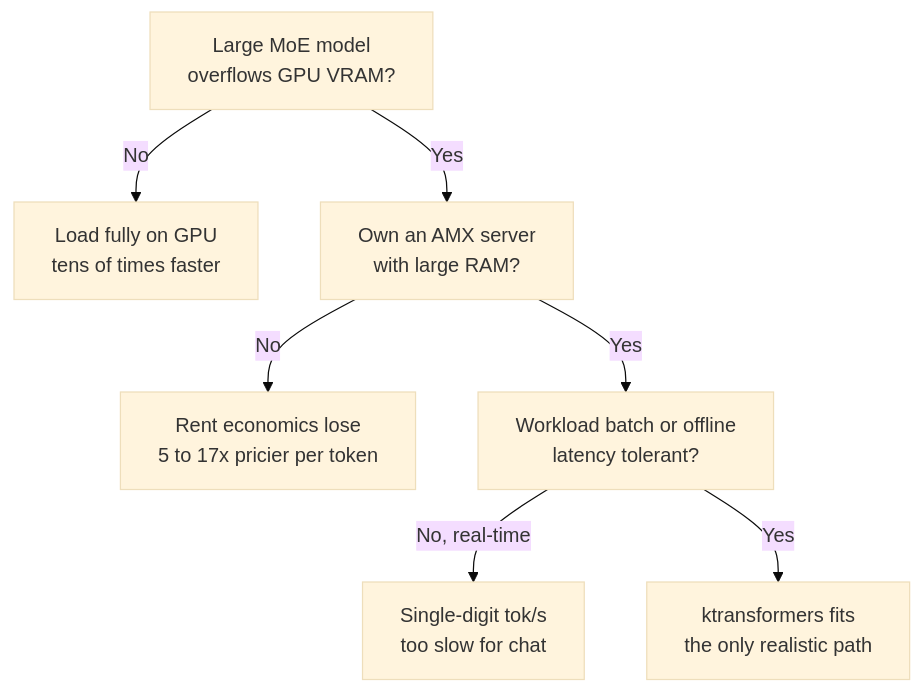
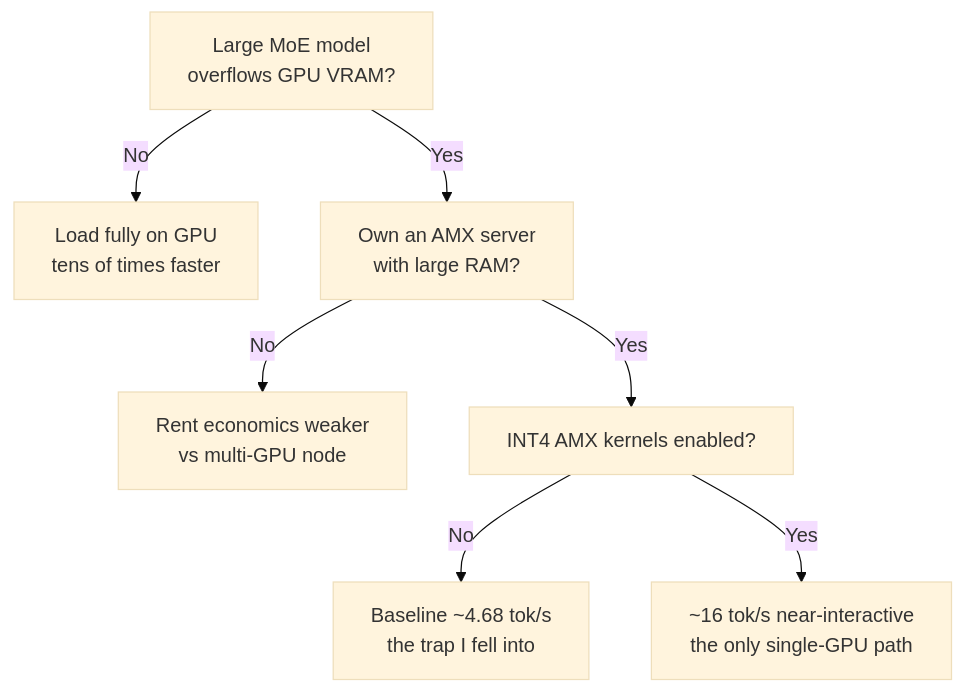
Before and after one commit to ThakiCloud/thakicloud.github.io: the diagram in _posts/ko/llmops/2026-07-19-ktransformers-moe-offload-28x-validation.md, drawn with Mermaid (base theme). The commit also changed other lines of this file, not shown here.

Commit message:
fix: correct ktransformers post — measured unoptimized proxy, real INT4 AMX decode 12.4 tok/s

````diff
--- a/_posts/ko/llmops/2026-07-19-ktransformers-moe-offload-28x-validation.md
+++ b/_posts/ko/llmops/2026-07-19-ktransformers-moe-offload-28x-validation.md
@@ -101,9 +119,9 @@
 ```mermaid
 flowchart TD
     A["Large MoE model<br/>overflows GPU VRAM?"] -->|No| B["Load fully on GPU<br/>tens of times faster"]
     A -->|Yes| C["Own an AMX server<br/>with large RAM?"]
-    C -->|No| D["Rent economics lose<br/>5 to 17x pricier per token"]
-    C -->|Yes| E["Workload batch or offline<br/>latency tolerant?"]
-    E -->|No, real-time| F["Single-digit tok/s<br/>too slow for chat"]
-    E -->|Yes| G["ktransformers fits<br/>the only realistic path"]
+    C -->|No| D["Rent economics weaker<br/>vs multi-GPU node"]
+    C -->|Yes| E["INT4 AMX kernels enabled?"]
+    E -->|No| F["Baseline ~4.68 tok/s<br/>the trap I fell into"]
+    E -->|Yes| G["~16 tok/s near-interactive<br/>the only single-GPU path"]
 ```
````
